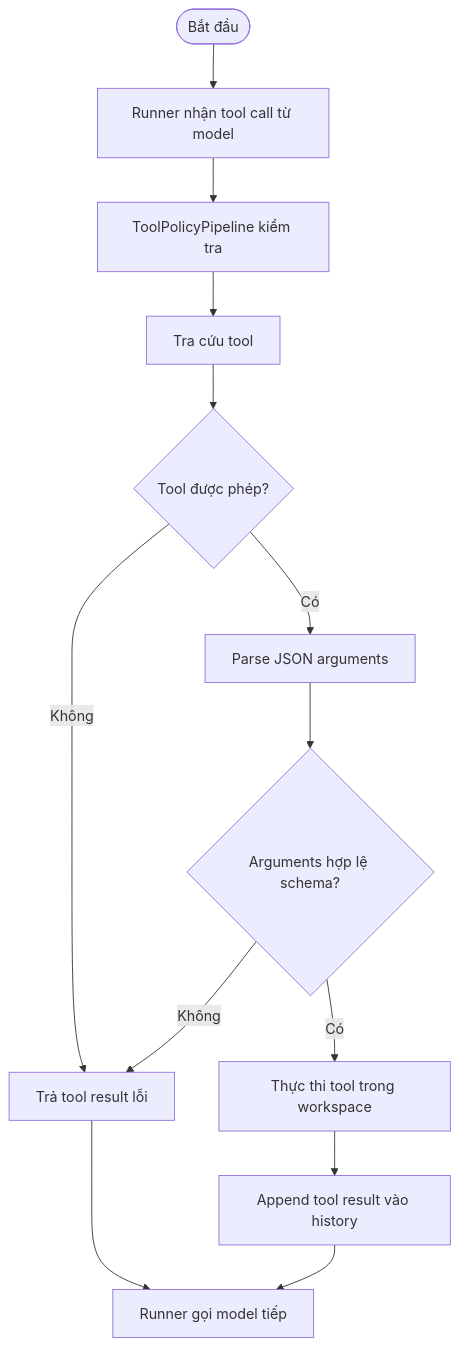
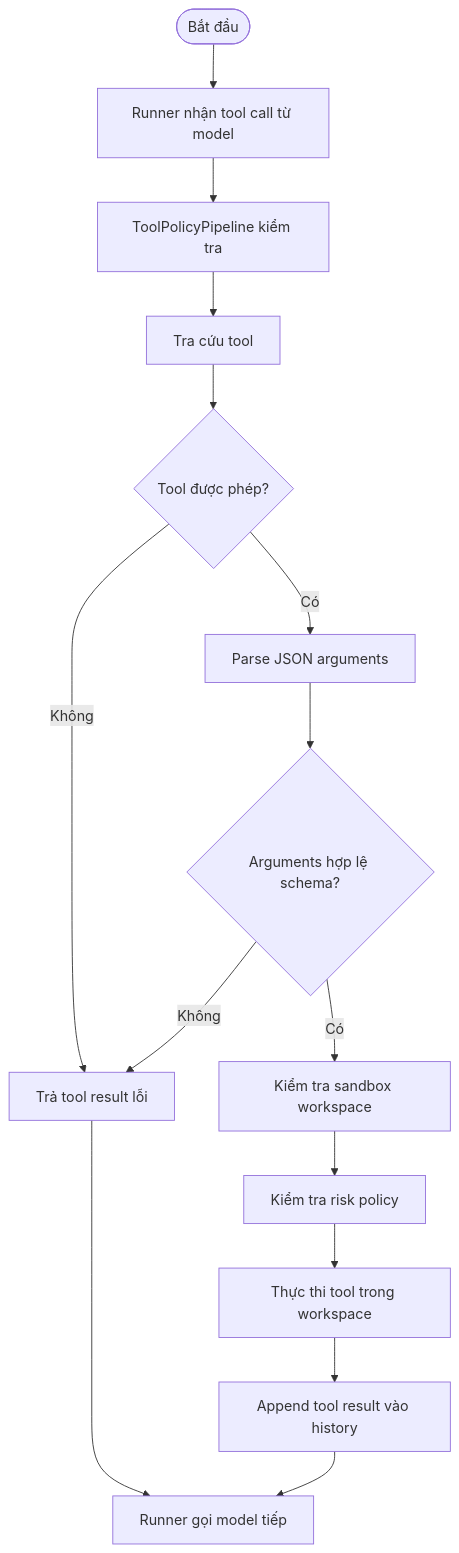
Before and after one commit to LoudlyDawn2108/fantasticcode: the fifth of 10 diagrams in fantasticcode-development-document.md, drawn with Mermaid. The commit also changed other lines of this file and 5 other files, not shown here.

Commit message:
feat: enhance tool policy with workspace sandbox and risk policy checks

````diff
--- a/fantasticcode-development-document.md
+++ b/fantasticcode-development-document.md
@@ -636,15 +636,17 @@
 ```mermaid
 flowchart TD
   A([Bắt đầu]) --> B[Runner nhận tool call từ model]
   B --> C[ToolPolicyPipeline kiểm tra]
   C --> D[Tra cứu tool]
   D --> E{Tool được phép?}
   E -- Không --> X[Trả tool result lỗi]
   E -- Có --> F[Parse JSON arguments]
   F --> G{Arguments hợp lệ schema?}
   G -- Không --> X
-  G -- Có --> H[Thực thi tool trong workspace]
-  H --> I[Append tool result vào history]
-  I --> J[Runner gọi model tiếp]
-  X --> J
+  G -- Có --> H[Kiểm tra sandbox workspace]
+  H --> K[Kiểm tra risk policy]
+  K --> I[Thực thi tool trong workspace]
+  I --> J[Append tool result vào history]
+  J --> L[Runner gọi model tiếp]
+  X --> L
 ```
````
